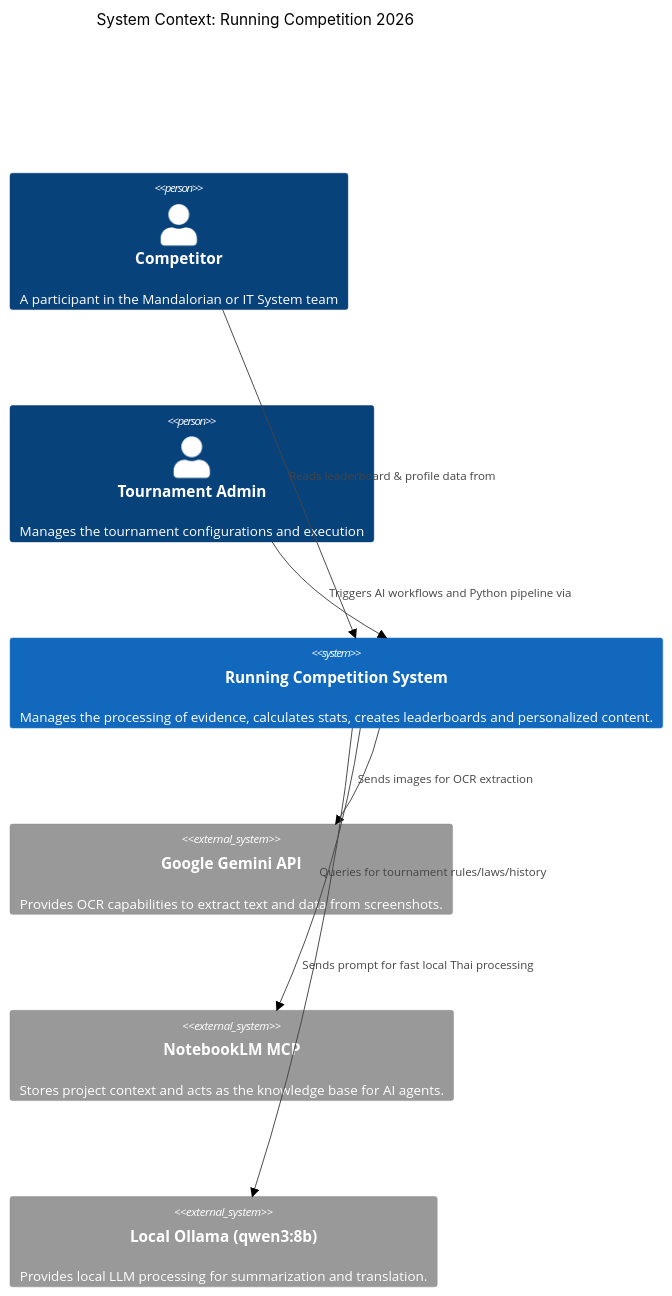
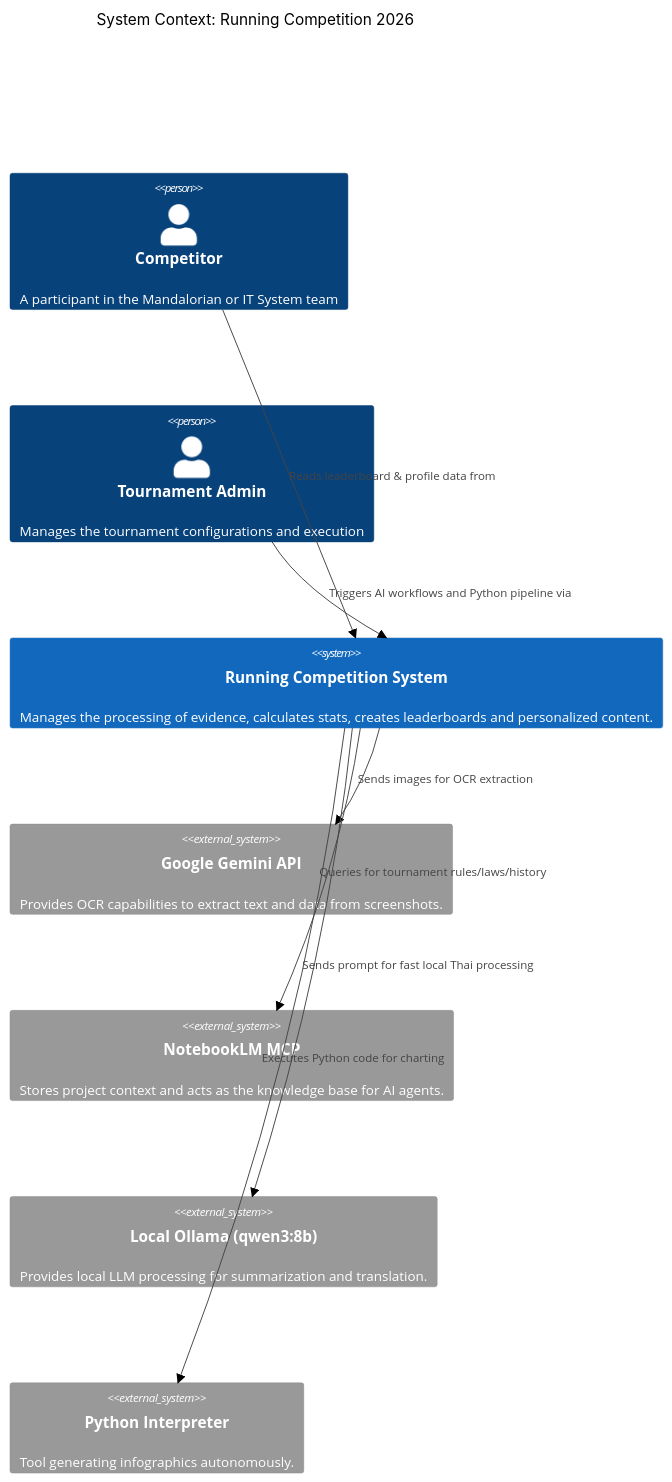
Before and after one commit to giornoadd/ntl-running-tournaments: the first of 2 diagrams in docs/c4-diagrams.md, drawn with Mermaid (neutral theme). The commit also changed 136 other files, not shown here.

````diff
--- a/docs/c4-diagrams.md
+++ b/docs/c4-diagrams.md
@@ -11,22 +11,24 @@
 ```mermaid
 C4Context
     title System Context: Running Competition 2026
 
     Person(runner, "Competitor", "A participant in the Mandalorian or IT System team")
     Person(admin, "Tournament Admin", "Manages the tournament configurations and execution")
     
     System(running_sys, "Running Competition System", "Manages the processing of evidence, calculates stats, creates leaderboards and personalized content.")
     
     System_Ext(gemini_api, "Google Gemini API", "Provides OCR capabilities to extract text and data from screenshots.")
     System_Ext(notebook_lm, "NotebookLM MCP", "Stores project context and acts as the knowledge base for AI agents.")
     System_Ext(ollama, "Local Ollama (qwen3:8b)", "Provides local LLM processing for summarization and translation.")
+    System_Ext(python_env, "Python Interpreter", "Tool generating infographics autonomously.")
 
     Rel(runner, running_sys, "Submits running evidence (screenshots) directly to")
     Rel(runner, running_sys, "Reads leaderboard & profile data from")
     
     Rel(admin, running_sys, "Triggers AI workflows and Python pipeline via")
 
     Rel(running_sys, gemini_api, "Sends images for OCR extraction")
     Rel(running_sys, notebook_lm, "Queries for tournament rules/laws/history")
     Rel(running_sys, ollama, "Sends prompt for fast local Thai processing")
+    Rel(running_sys, python_env, "Executes Python code for charting")
 ```
````
